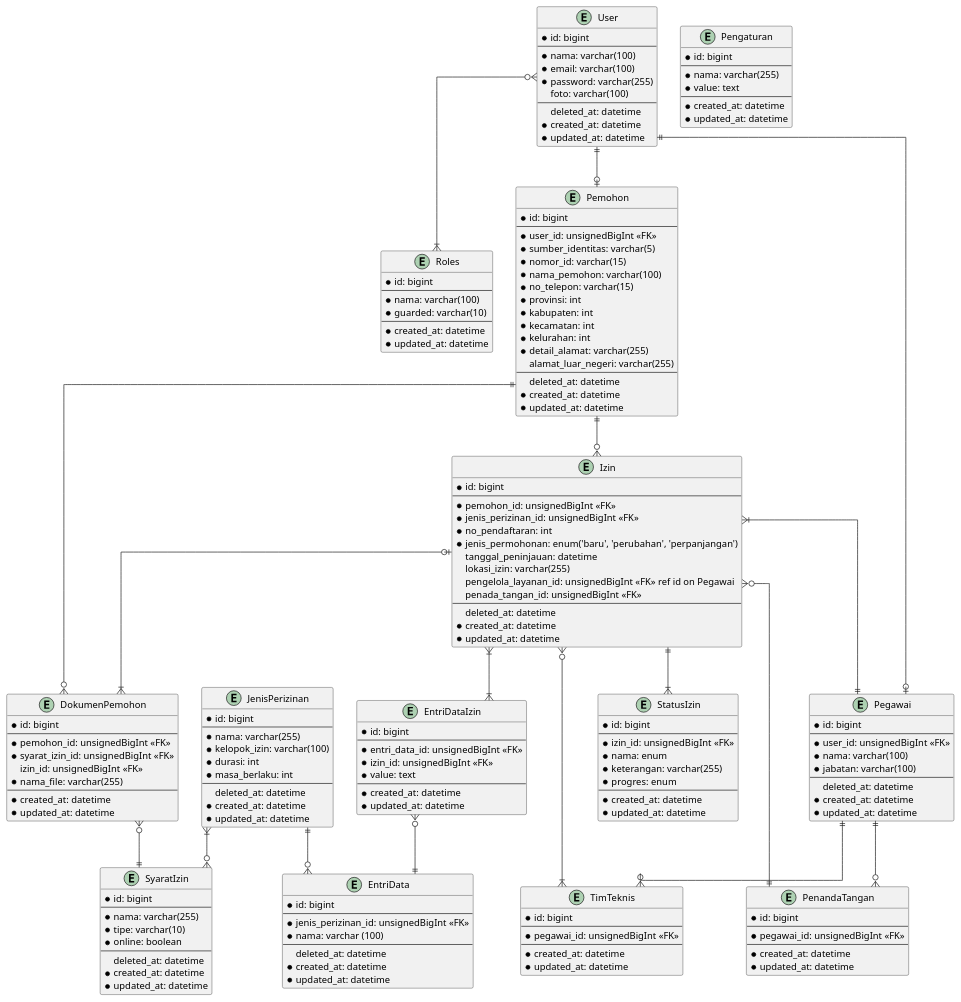
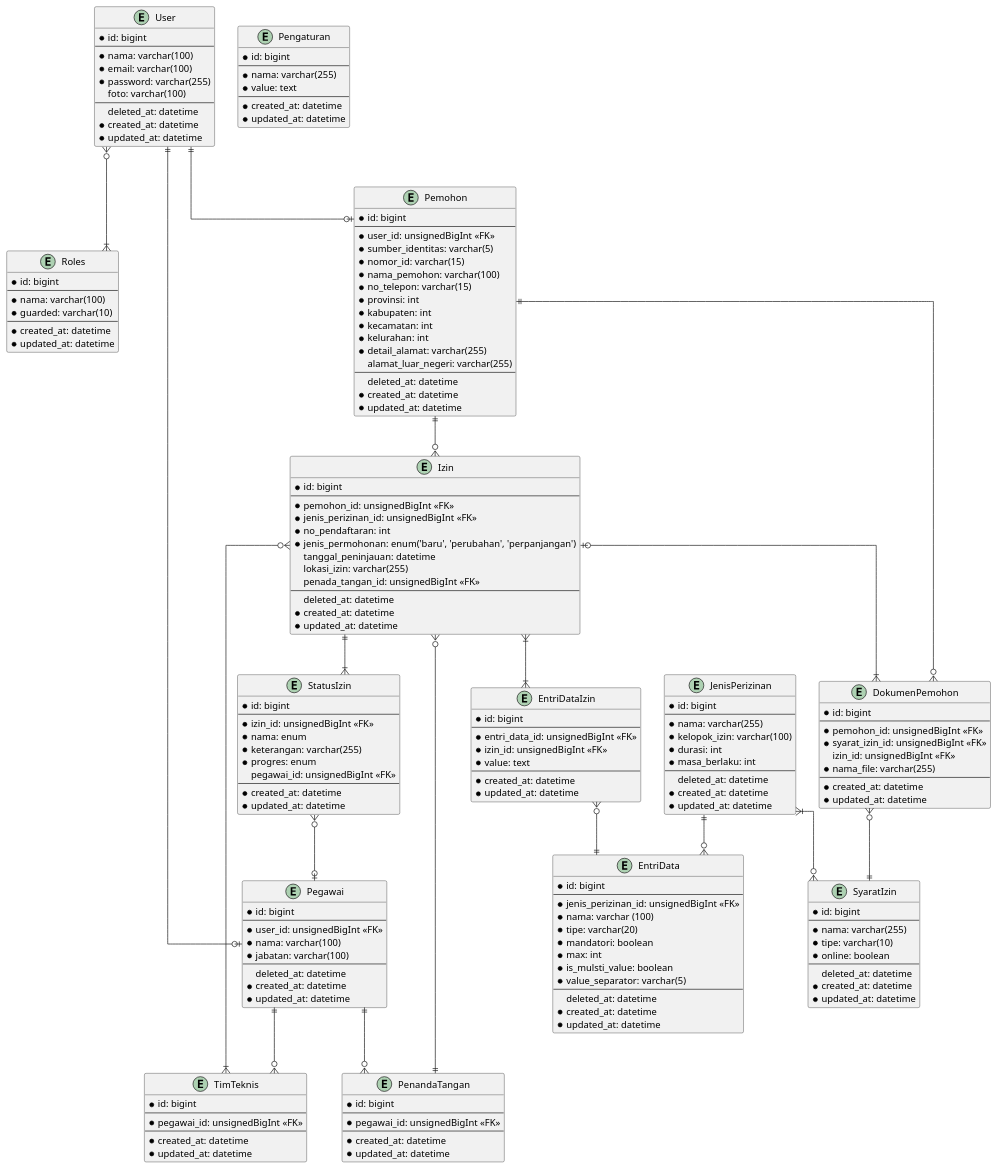
The diagram in docs/diagrams/src/database.puml (maleolabs/nest-nestara-web), drawn with PlantUML before and after one commit. The commit also changed 16 other files, not shown here.

```diff
--- a/docs/diagrams/src/database.puml
+++ b/docs/diagrams/src/database.puml
@@ -1,195 +1,199 @@
 @startuml pmptsp
 
 skinparam linetype ortho
 
 entity User {
     * id: bigint
     --
     * nama: varchar(100)
     * email: varchar(100)
     * password: varchar(255)
       foto: varchar(100)
     --
       deleted_at: datetime
     * created_at: datetime
     * updated_at: datetime
 }
 
 entity Roles {
     * id: bigint
     --
     * nama: varchar(100)
     * guarded: varchar(10)
     --
     * created_at: datetime
     * updated_at: datetime
 }
 
 entity Pegawai {
     * id: bigint
     --
     * user_id: unsignedBigInt <<FK>>
     * nama: varchar(100)
     * jabatan: varchar(100)
     --
       deleted_at: datetime
     * created_at: datetime
     * updated_at: datetime
 }
 
 entity PenandaTangan {
     * id: bigint
     --
     * pegawai_id: unsignedBigInt <<FK>>
     --
     * created_at: datetime
     * updated_at: datetime
 }
 
 entity TimTeknis {
     * id: bigint
     --
     * pegawai_id: unsignedBigInt <<FK>>
     --
     * created_at: datetime
     * updated_at: datetime
 }
 
 entity Pemohon {
     * id: bigint
     --
     * user_id: unsignedBigInt <<FK>>
     * sumber_identitas: varchar(5)
     * nomor_id: varchar(15)
     * nama_pemohon: varchar(100)
     * no_telepon: varchar(15)
     * provinsi: int
     * kabupaten: int
     * kecamatan: int
     * kelurahan: int
     * detail_alamat: varchar(255)
       alamat_luar_negeri: varchar(255)
     --
       deleted_at: datetime
     * created_at: datetime
     * updated_at: datetime
 }
 
 entity JenisPerizinan {
     * id: bigint
     --
     * nama: varchar(255)
     * kelopok_izin: varchar(100)
     * durasi: int
     * masa_berlaku: int
     --
       deleted_at: datetime
     * created_at: datetime
     * updated_at: datetime
 }
 
 entity EntriData {
     * id: bigint
     --
     * jenis_perizinan_id: unsignedBigInt <<FK>>
     * nama: varchar (100)
+    * tipe: varchar(20)
+    * mandatori: boolean
+    * max: int
+    * is_mulsti_value: boolean
+    * value_separator: varchar(5)
     --
       deleted_at: datetime
     * created_at: datetime
     * updated_at: datetime
 }
 
 entity SyaratIzin {
     * id: bigint
     --
     * nama: varchar(255)
     * tipe: varchar(10)
     * online: boolean
     --
       deleted_at: datetime
     * created_at: datetime
     * updated_at: datetime
 }
 
 entity DokumenPemohon {
     * id: bigint
     --
     * pemohon_id: unsignedBigInt <<FK>>
     * syarat_izin_id: unsignedBigInt <<FK>>
       izin_id: unsignedBigInt <<FK>>
     * nama_file: varchar(255)
     --
     * created_at: datetime
     * updated_at: datetime
 }
 
 entity Izin {
     * id: bigint
     --
     * pemohon_id: unsignedBigInt <<FK>>
     * jenis_perizinan_id: unsignedBigInt <<FK>>
     * no_pendaftaran: int
     * jenis_permohonan: enum('baru', 'perubahan', 'perpanjangan')
       tanggal_peninjauan: datetime
       lokasi_izin: varchar(255)
-      pengelola_layanan_id: unsignedBigInt <<FK>> ref id on Pegawai
       penada_tangan_id: unsignedBigInt <<FK>>
     --
       deleted_at: datetime
     * created_at: datetime
     * updated_at: datetime
 }
 
 entity StatusIzin {
     * id: bigint
     --
     * izin_id: unsignedBigInt <<FK>>
     * nama: enum
     * keterangan: varchar(255)
     * progres: enum
+      pegawai_id: unsignedBigInt <<FK>>
     --
     * created_at: datetime
     * updated_at: datetime
 }
 
 entity EntriDataIzin {
     * id: bigint
     --
     * entri_data_id: unsignedBigInt <<FK>>
     * izin_id: unsignedBigInt <<FK>>
     * value: text
     --
     * created_at: datetime
     * updated_at: datetime
 }
 
 entity Pengaturan {
     * id: bigint
     --
     * nama: varchar(255)
     * value: text
     --
     * created_at: datetime
     * updated_at: datetime
 }
 
 User }o--|{ Roles
 User ||--o| Pemohon
 User ||--o| Pegawai
 Pegawai ||--o{ PenandaTangan
 Pegawai ||--o{ TimTeknis
 JenisPerizinan }|--o{ SyaratIzin
 JenisPerizinan ||--o{ EntriData
 EntriDataIzin }o--|| EntriData
 DokumenPemohon }o--|| Pemohon
 DokumenPemohon }o--|| SyaratIzin
 Pemohon ||--o{ Izin
 Izin |o--|{ DokumenPemohon
 Izin ||--|{ StatusIzin
-Izin }|--|| Pegawai
 Izin }|--|{ EntriDataIzin
 Izin }o--|| PenandaTangan
 Izin }o--|{ TimTeknis
-
+StatusIzin }o--o| Pegawai
 
 @enduml
```
